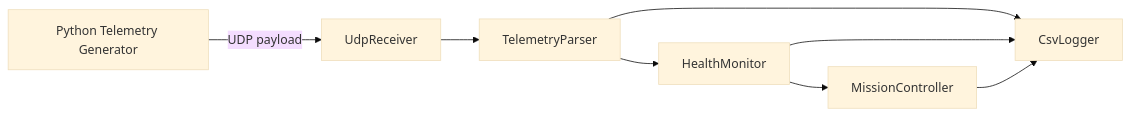
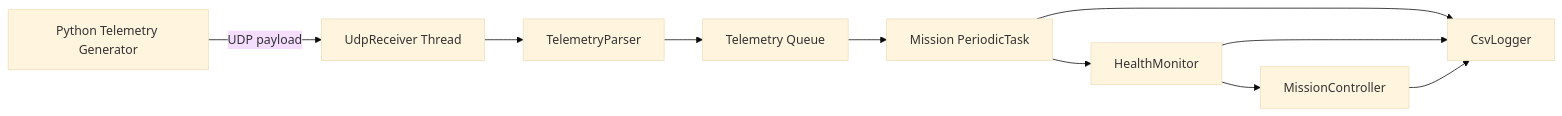
One commit to KimGyeongLock/UAV-Mission-Software-Simulator changed the diagram in docs/architecture.md. Above: the diagram before and after it, drawn with Mermaid (base theme). The commit also changed other lines of this file and 1 other file, not shown here.

Commit message:
docs: Telemetry queue 기반 thread 구조 문서화

````diff
--- a/docs/architecture.md
+++ b/docs/architecture.md
@@ -9,10 +9,12 @@
 ```mermaid
 flowchart LR
-    A["Python Telemetry Generator"] -->|UDP payload| B["UdpReceiver"]
+    A["Python Telemetry Generator"] -->|UDP payload| B["UdpReceiver Thread"]
     B --> C["TelemetryParser"]
-    C --> D["HealthMonitor"]
-    D --> E["MissionController"]
-    C --> F["CsvLogger"]
-    D --> F
-    E --> F
+    C --> D["Telemetry Queue"]
+    D --> E["Mission PeriodicTask"]
+    E --> F["HealthMonitor"]
+    F --> G["MissionController"]
+    E --> H["CsvLogger"]
+    F --> H
+    G --> H
 ```
````
